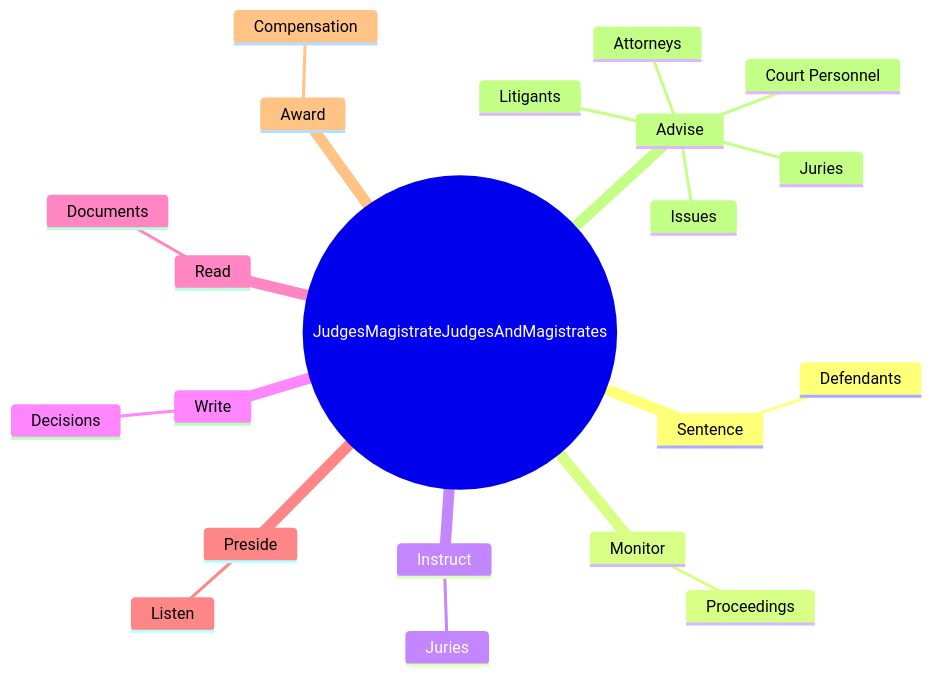
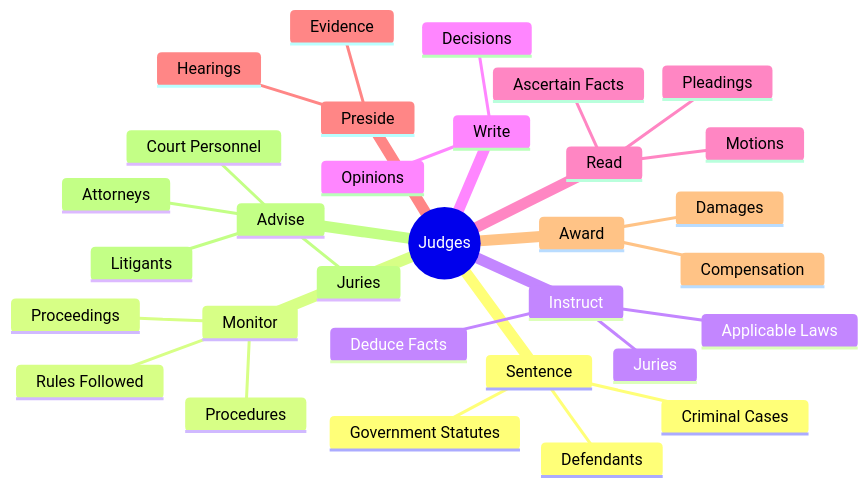
The second of 4 diagrams in occupations/Legal/JudgesMagistrateJudgesAndMagistrates.mdx (kziemski/business.org.ai), drawn with Mermaid before and after one commit. The commit also changed other lines of this file and 938 other files, not shown here.

````diff
--- a/occupations/Legal/JudgesMagistrateJudgesAndMagistrates.mdx
+++ b/occupations/Legal/JudgesMagistrateJudgesAndMagistrates.mdx
@@ -37,24 +46,34 @@
 ```mermaid
 mindmap
-    root(("JudgesMagistrateJudgesAndMagistrates"))
+    root(("Judges"))
         Sentence
             Defendants
+            Criminal Cases
+            Government Statutes
         Monitor
             Proceedings
+            Rules Followed
+            Procedures
         Instruct
             Juries
+            Applicable Laws
+            Deduce Facts
         Write
             Decisions
+            Opinions
         Read
-            Documents
+            Pleadings
+            Motions
+            Ascertain Facts
         Preside
-            Listen
+            Hearings
+            Evidence
         Award
             Compensation
+            Damages
         Advise
             Attorneys
             Juries
             Litigants
             Court Personnel
-            Issues
 ```
````
